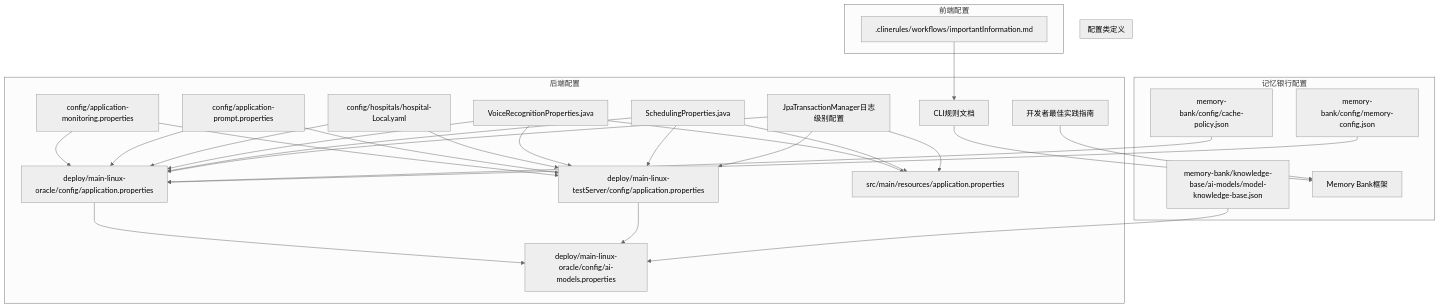
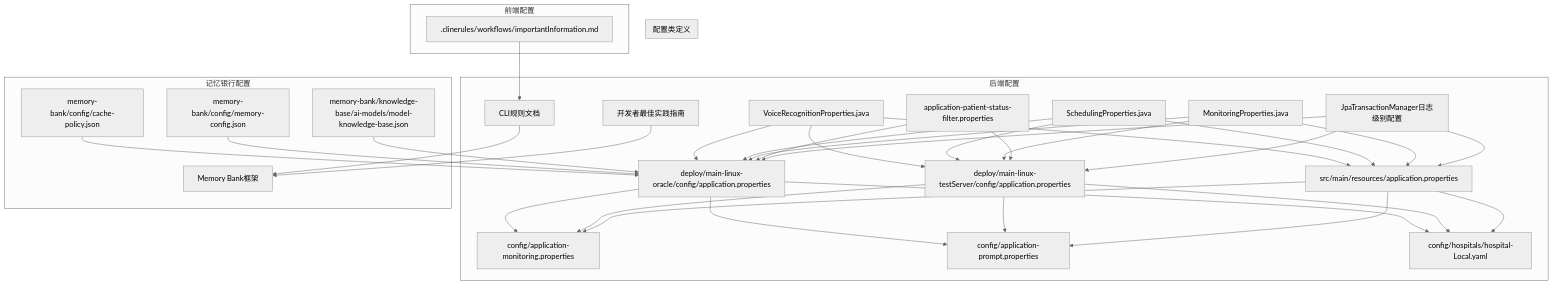
Before and after one commit to liuzh2008/med_ai_assistant_workspace: the first of 3 diagrams in .qoder/repowiki/zh/content/配置管理/配置管理.md, drawn with Mermaid (neutral theme). The commit also changed other lines of this file and 3 other files, not shown here.

````diff
--- a/.qoder/repowiki/zh/content/配置管理/配置管理.md
+++ b/.qoder/repowiki/zh/content/配置管理/配置管理.md
@@ -78,53 +80,61 @@
 ```mermaid
 graph TB
 subgraph "后端配置"
 CFG_PROP["config/application-monitoring.properties"]
 PROMPT_PROP["config/application-prompt.properties"]
 HOSP_LOCAL["config/hospitals/hospital-Local.yaml"]
 ORA_PROD["deploy/main-linux-oracle/config/application.properties"]
-ORA_AI["deploy/main-linux-oracle/config/ai-models.properties"]
 TEST_PROD["deploy/main-linux-testServer/config/application.properties"]
 DEV_PROP["src/main/resources/application.properties"]
 VOICE_PROP["VoiceRecognitionProperties.java"]
 SCHEDULING_PROP["SchedulingProperties.java"]
+MONITORING_PROP["MonitoringProperties.java"]
+EXEC_FILTER["application-patient-status-filter.properties"]
 TXN_LOG["JpaTransactionManager日志级别配置"]
 CLI_RULES["CLI规则文档"]
 END_USER_GUIDE["开发者最佳实践指南"]
 end
 subgraph "记忆银行配置"
 CACHE_POLICY["memory-bank/config/cache-policy.json"]
 MEM_CFG["memory-bank/config/memory-config.json"]
 MODEL_KB["memory-bank/knowledge-base/ai-models/model-knowledge-base.json"]
 MEMORY_BANK["Memory Bank框架"]
 end
 subgraph "配置类定义"
 VOICE_PROP
 SCHEDULING_PROP
+MONITORING_PROP
 end
 subgraph "前端配置"
 FRONTEND_CLI[".clinerules/workflows/importantInformation.md"]
 end
-ORA_PROD --> ORA_AI
-TEST_PROD --> ORA_AI
-CFG_PROP --> ORA_PROD
-CFG_PROP --> TEST_PROD
-PROMPT_PROP --> ORA_PROD
-PROMPT_PROP --> TEST_PROD
-HOSP_LOCAL --> ORA_PROD
-HOSP_LOCAL --> TEST_PROD
+ORA_PROD --> CFG_PROP
+ORA_PROD --> PROMPT_PROP
+ORA_PROD --> HOSP_LOCAL
+TEST_PROD --> CFG_PROP
+TEST_PROD --> PROMPT_PROP
+TEST_PROD --> HOSP_LOCAL
+DEV_PROP --> CFG_PROP
+DEV_PROP --> PROMPT_PROP
+DEV_PROP --> HOSP_LOCAL
 CACHE_POLICY --> ORA_PROD
 MEM_CFG --> ORA_PROD
-MODEL_KB --> ORA_AI
+MODEL_KB --> ORA_PROD
 VOICE_PROP --> ORA_PROD
 VOICE_PROP --> TEST_PROD
 VOICE_PROP --> DEV_PROP
 SCHEDULING_PROP --> ORA_PROD
 SCHEDULING_PROP --> TEST_PROD
 SCHEDULING_PROP --> DEV_PROP
+MONITORING_PROP --> ORA_PROD
+MONITORING_PROP --> TEST_PROD
+MONITORING_PROP --> DEV_PROP
+EXEC_FILTER --> ORA_PROD
+EXEC_FILTER --> TEST_PROD
 TXN_LOG --> ORA_PROD
 TXN_LOG --> TEST_PROD
 TXN_LOG --> DEV_PROP
 CLI_RULES --> MEMORY_BANK
 END_USER_GUIDE --> MEMORY_BANK
 FRONTEND_CLI --> CLI_RULES
 ```
````
